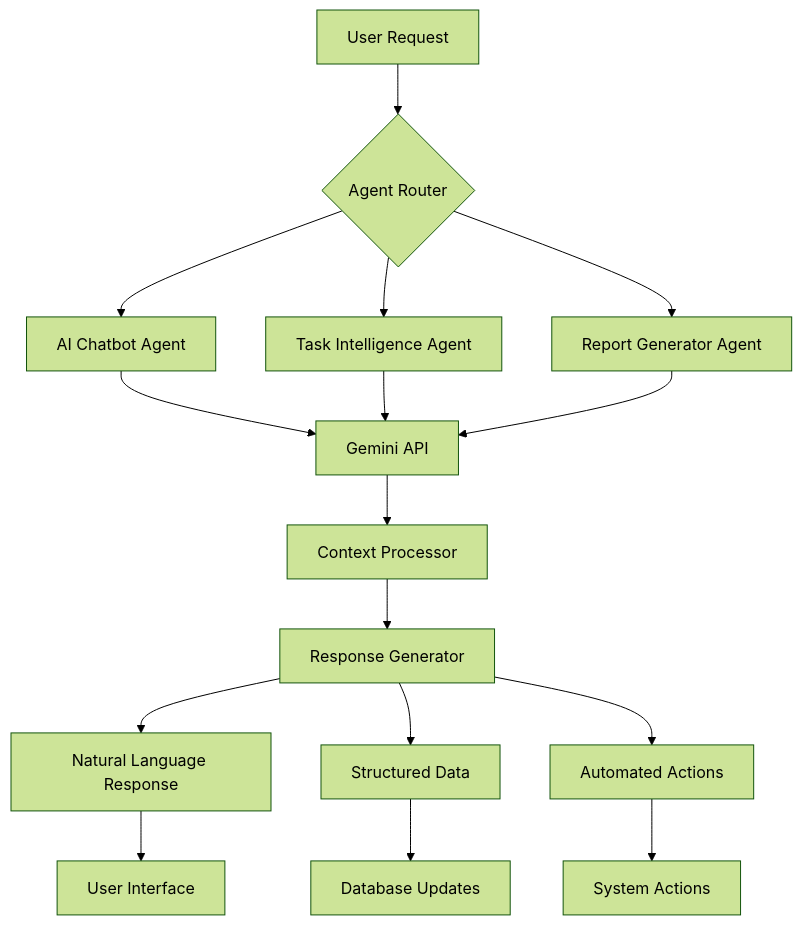
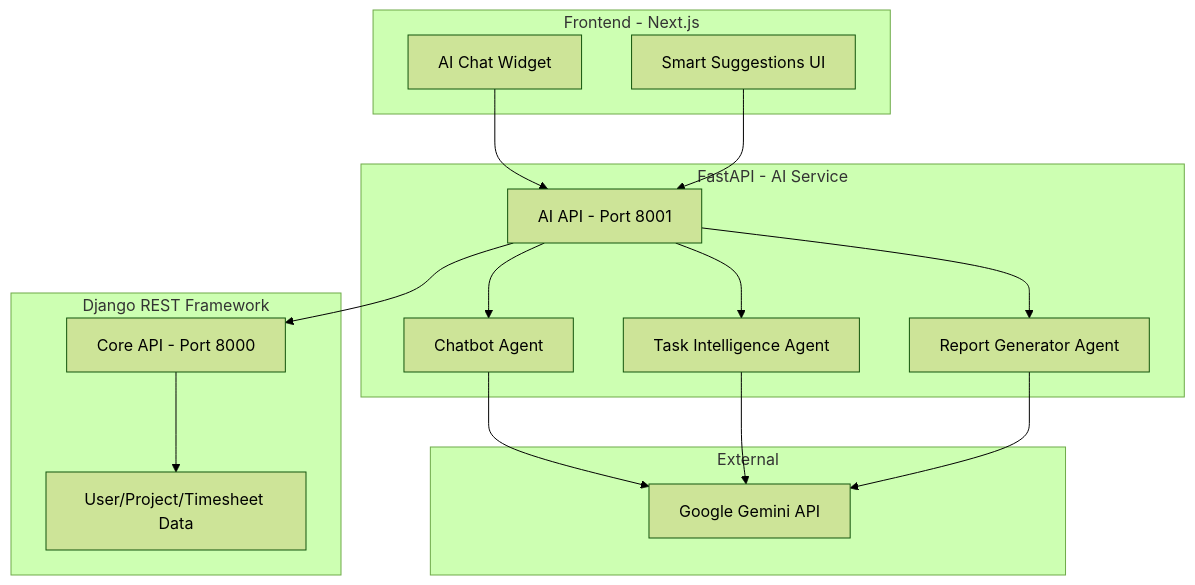
One commit to agusain2001/timesheet changed the diagram in AGENTS.md. Above: the diagram before and after it, drawn with Mermaid (forest theme). The commit also changed other lines of this file, not shown here.

````diff
--- a/AGENTS.md
+++ b/AGENTS.md
@@ -11,22 +17,34 @@
 ```mermaid
 graph TB
-    A[User Request] --> B{Agent Router}
-    B --> C[AI Chatbot Agent]
-    B --> D[Task Intelligence Agent]
-    B --> E[Report Generator Agent]
+    subgraph "Frontend - Next.js"
+        A[AI Chat Widget]
+        B[Smart Suggestions UI]
+    end
     
-    C --> F[Gemini API]
-    D --> F
+    subgraph "Django REST Framework"
+        C[Core API - Port 8000]
+        D[User/Project/Timesheet Data]
+    end
+    
+    subgraph "FastAPI - AI Service"
+        E[AI API - Port 8001]
+        F[Chatbot Agent]
+        G[Task Intelligence Agent]
+        H[Report Generator Agent]
+    end
+    
+    subgraph "External"
+        I[Google Gemini API]
+    end
+    
+    A --> E
+    B --> E
     E --> F
-    
-    F --> G[Context Processor]
-    G --> H[Response Generator]
-    
-    H --> I[Natural Language Response]
-    H --> J[Structured Data]
-    H --> K[Automated Actions]
-    
-    I --> L[User Interface]
-    J --> M[Database Updates]
-    K --> N[System Actions]
+    E --> G
+    E --> H
+    F --> I
+    G --> I
+    H --> I
+    E --> C
+    C --> D
 ```
````
